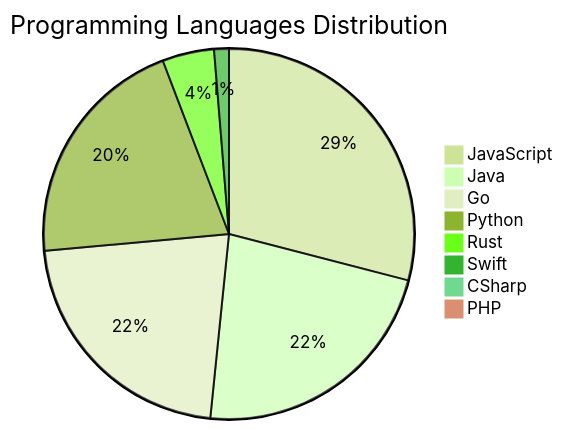
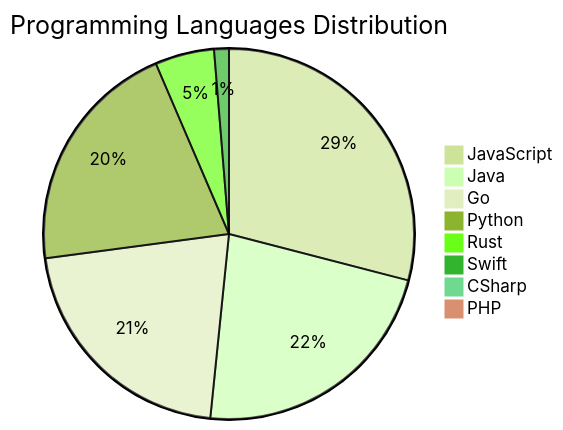
Before and after one commit to Derrick-MUGISHA/github-activity-bot: the diagram in README.md, drawn with Mermaid (forest theme). The commit also changed other lines of this file and 4 other files, not shown here.

````diff
--- a/README.md
+++ b/README.md
@@ -208,11 +208,11 @@
 ```mermaid
 pie title Programming Languages Distribution
     "JavaScript" : 45
     "Java" : 35
-    "Go" : 34
+    "Go" : 33
     "Python" : 32
-    "Rust" : 7
+    "Rust" : 8
     "Swift" : 2
     "CSharp" : 1
     "PHP" : 1
 ```
````
